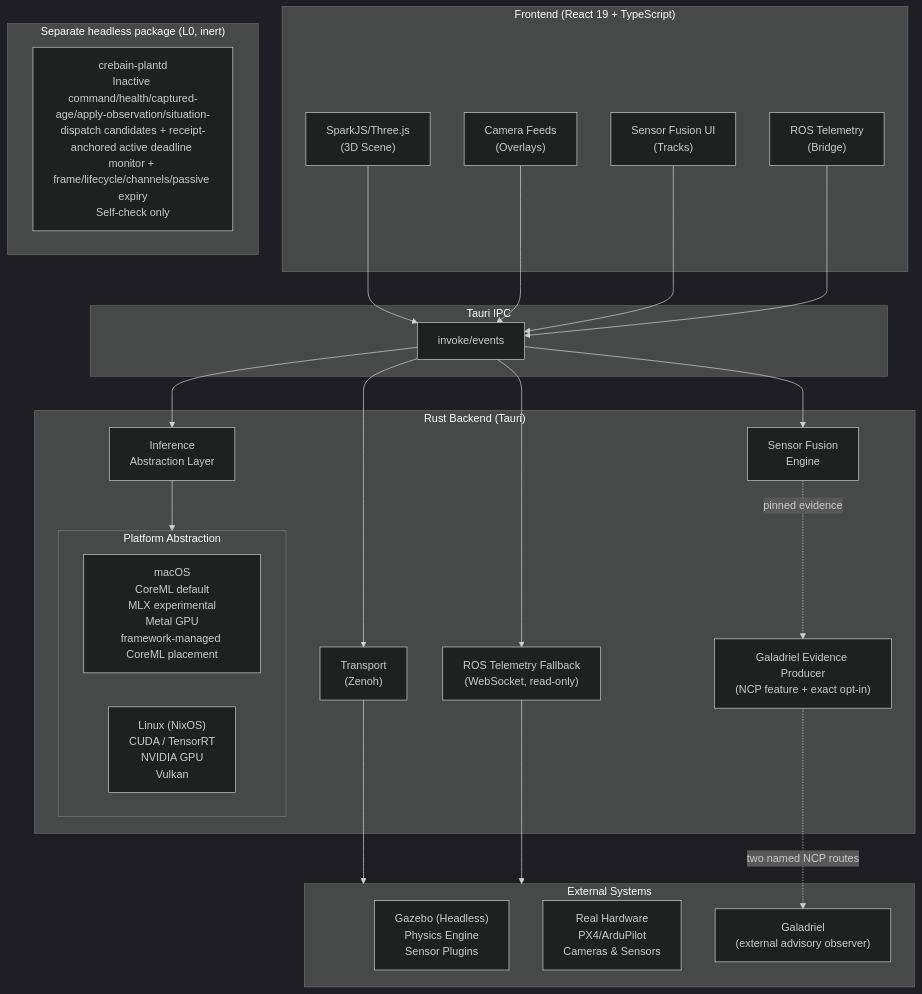
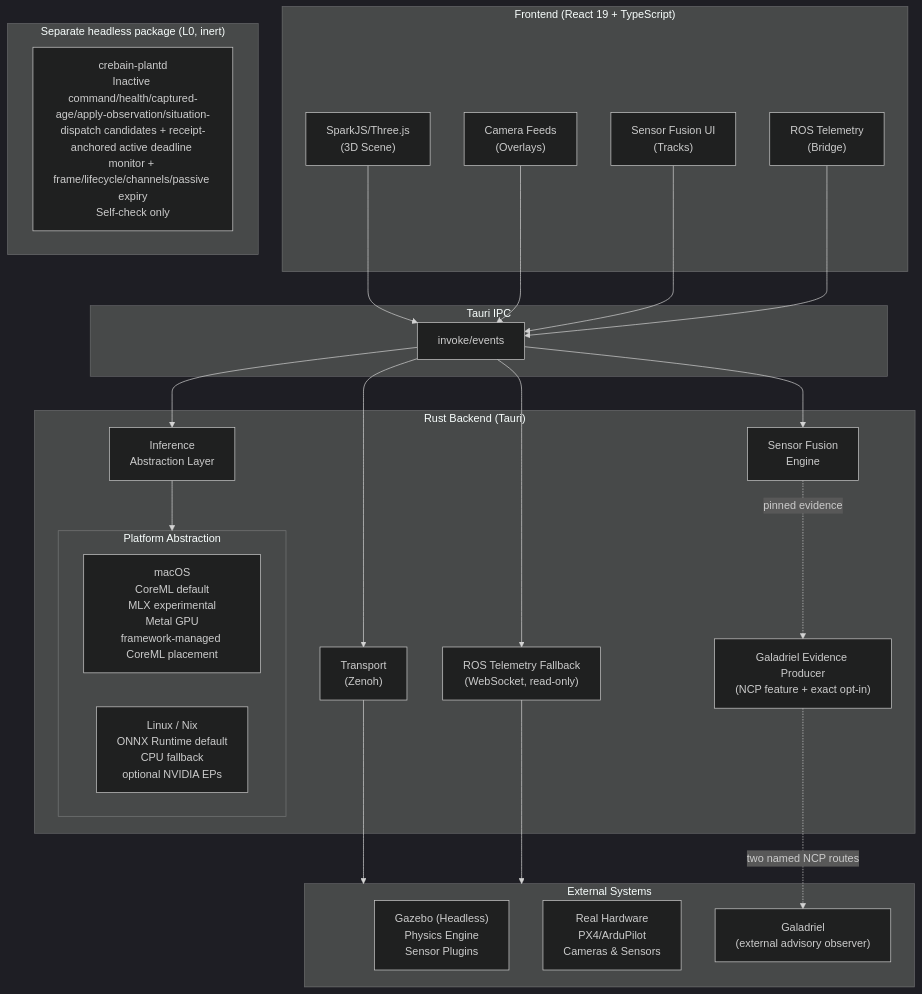
Before and after one commit to sepahead/crebain: the first of 3 diagrams in docs/ARCHITECTURE.md, drawn with Mermaid (dark theme). The commit also changed other lines of this file and 351 other files, not shown here.

````diff
--- a/docs/ARCHITECTURE.md
+++ b/docs/ARCHITECTURE.md
@@ -11,53 +11,53 @@
 ```mermaid
 graph TB
     subgraph Frontend["Frontend (React 19 + TypeScript)"]
         ThreeJS["SparkJS/Three.js<br/>(3D Scene)"]
         CameraFeeds["Camera Feeds<br/>(Overlays)"]
         FusionUI["Sensor Fusion UI<br/>(Tracks)"]
         ROSControls["ROS Telemetry<br/>(Bridge)"]
     end
 
     subgraph IPC["Tauri IPC"]
         Invoke["invoke/events"]
     end
 
     subgraph Backend["Rust Backend (Tauri)"]
         Inference["Inference<br/>Abstraction Layer"]
         SensorFusion["Sensor Fusion<br/>Engine"]
         Zenoh["Transport<br/>(Zenoh)"]
         ROSBridge["ROS Telemetry Fallback<br/>(WebSocket, read-only)"]
         EvidenceProducer["Galadriel Evidence Producer<br/>(NCP feature + exact opt-in)"]
 
         subgraph Platform["Platform Abstraction"]
             macOS["macOS<br/>CoreML default<br/>MLX experimental<br/>Metal GPU<br/>framework-managed CoreML placement"]
-            Linux["Linux (NixOS)<br/>CUDA / TensorRT<br/>NVIDIA GPU<br/>Vulkan"]
+            Linux["Linux / Nix<br/>ONNX Runtime default<br/>CPU fallback<br/>optional NVIDIA EPs"]
         end
     end
 
     subgraph PlantFoundation["Separate headless package (L0, inert)"]
         Plantd["crebain-plantd<br/>Inactive command/health/captured-age/apply-observation/situation-dispatch candidates + receipt-anchored active deadline monitor + frame/lifecycle/channels/passive expiry<br/>Self-check only"]
     end
 
     subgraph External["External Systems"]
         Gazebo["Gazebo (Headless)<br/>Physics Engine<br/>Sensor Plugins"]
         Hardware["Real Hardware<br/>PX4/ArduPilot<br/>Cameras & Sensors"]
         Galadriel["Galadriel<br/>(external advisory observer)"]
     end
 
     ThreeJS --> Invoke
     CameraFeeds --> Invoke
     FusionUI --> Invoke
     ROSControls --> Invoke
 
     Invoke --> Inference
     Invoke --> SensorFusion
     Invoke --> Zenoh
     Invoke --> ROSBridge
     SensorFusion -. pinned evidence .-> EvidenceProducer
 
     Inference --> Platform
 
     Zenoh --> External
     ROSBridge --> External
     EvidenceProducer -. two named NCP routes .-> Galadriel
 ```
````
